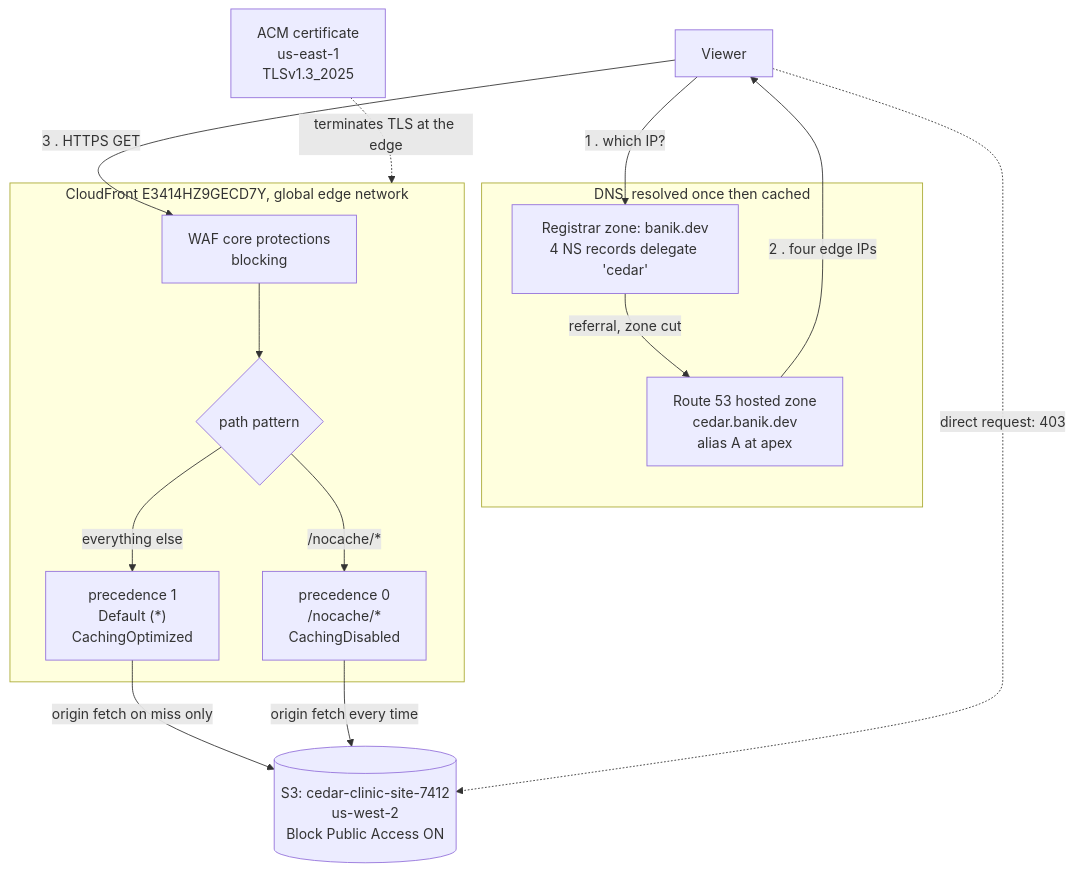
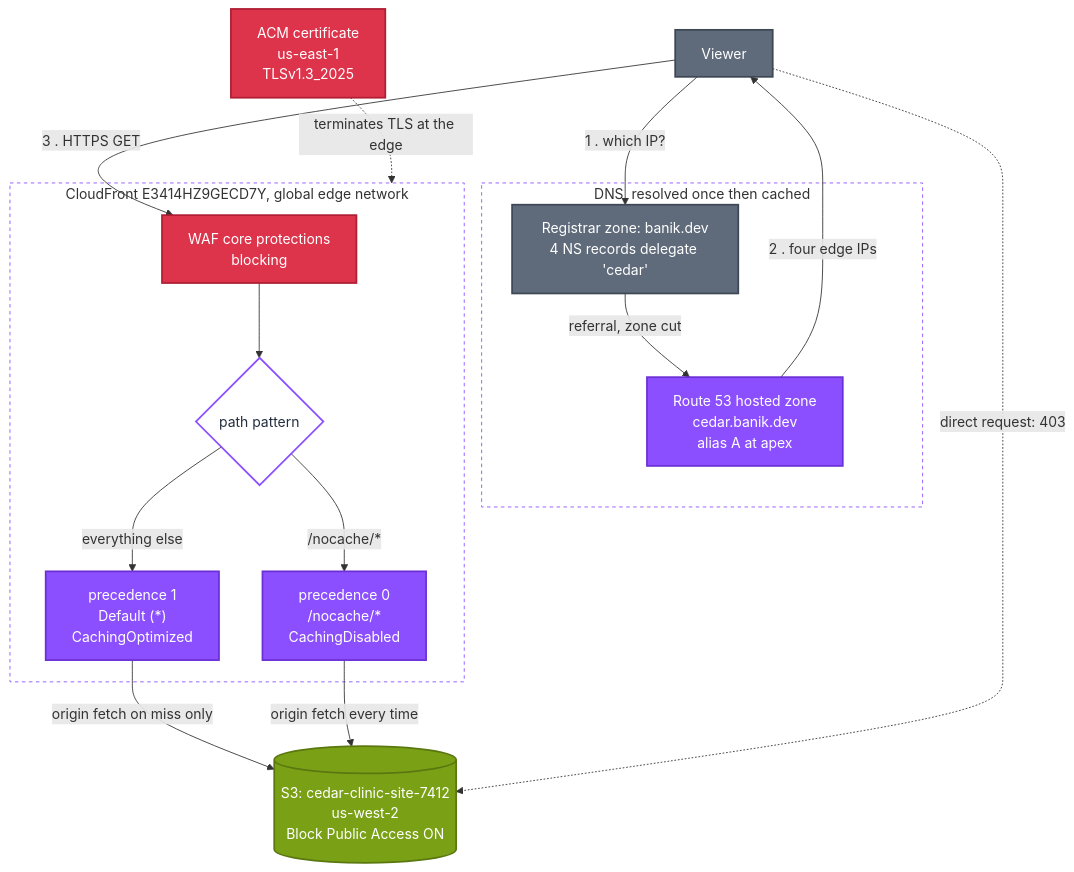
Before and after one commit to rach16/aws-saa-projects: the diagram in s1-edge-delivery/README.md, drawn with Mermaid. The commit also changed other lines of this file, not shown here.

Commit message:
Colour the S1 diagram by AWS service category
The diagram was monochrome, so nothing in it carried meaning beyond the labels.
Each node now takes the colour AWS uses for that service's own category: purple
for networking and content delivery, red for security, green for storage, grey
for the parties that are not AWS at all.

Chosen over a hand-picked palette because the colour then says something a
reader can transfer. The same four classDefs work for every later project in
this repository, and they match how the console groups services.

Containers stay transparent with a coloured outline instead of a fill. GitHub
renders Mermaid in both light and dark themes, and a container fill tuned for
one of them looks like a smudge in the other. Solid node fills with white text
survive the flip.

````diff
--- a/s1-edge-delivery/README.md
+++ b/s1-edge-delivery/README.md
@@ -83,31 +83,46 @@
 ```mermaid
 flowchart TB
     V["Viewer"]
 
     subgraph dns["DNS, resolved once then cached"]
         PB["Registrar zone: banik.dev<br/>4 NS records delegate 'cedar'"]
         R53["Route 53 hosted zone<br/>cedar.banik.dev<br/>alias A at apex"]
         PB -->|"referral, zone cut"| R53
     end
 
     subgraph cf["CloudFront E3414HZ9GECD7Y, global edge network"]
         WAF["WAF core protections<br/>blocking"]
         BEH{"path pattern"}
         B0["precedence 0<br/>/nocache/*<br/>CachingDisabled"]
         B1["precedence 1<br/>Default (*)<br/>CachingOptimized"]
         WAF --> BEH
         BEH -->|"/nocache/*"| B0
         BEH -->|"everything else"| B1
     end
 
     ACM["ACM certificate<br/>us-east-1<br/>TLSv1.3_2025"]
     S3[("S3: cedar-clinic-site-7412<br/>us-west-2<br/>Block Public Access ON")]
 
     V -->|"1 . which IP?"| PB
     R53 -->|"2 . four edge IPs"| V
     V -->|"3 . HTTPS GET"| WAF
     B1 -->|"origin fetch on miss only"| S3
     B0 -->|"origin fetch every time"| S3
     ACM -.->|"terminates TLS at the edge"| cf
     V -.->|"direct request: 403"| S3
+
+    classDef net fill:#8C4FFF,stroke:#6B2FD6,color:#ffffff,stroke-width:2px
+    classDef sec fill:#DD344C,stroke:#B01E33,color:#ffffff,stroke-width:2px
+    classDef sto fill:#7AA116,stroke:#5A780F,color:#ffffff,stroke-width:2px
+    classDef ext fill:#5F6B7A,stroke:#3E4855,color:#ffffff,stroke-width:2px
+    classDef pick fill:#FFFFFF,stroke:#8C4FFF,color:#232F3E,stroke-width:2px
+
+    class R53,B0,B1 net
+    class WAF,ACM sec
+    class S3 sto
+    class V,PB ext
+    class BEH pick
+
+    style dns fill:none,stroke:#8C4FFF,stroke-width:1px,stroke-dasharray:4 4
+    style cf fill:none,stroke:#8C4FFF,stroke-width:1px,stroke-dasharray:4 4
 ```
````
